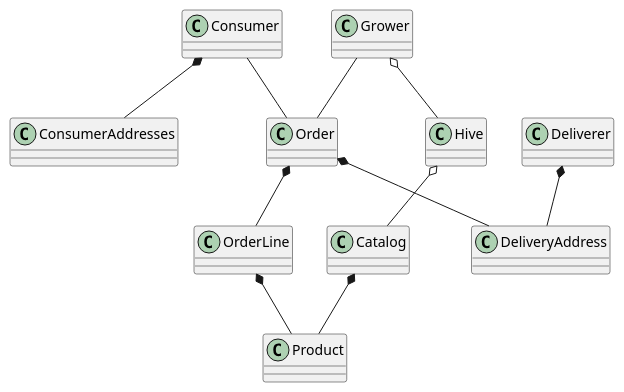
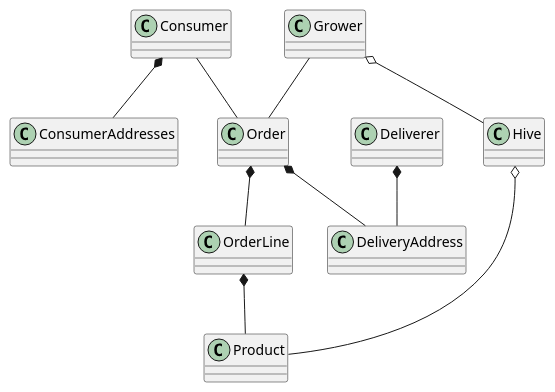
The diagram in diagram.puml (buba71/breengrow-backend), drawn with PlantUML before and after one commit. The commit also changed 29 other files, not shown here.

```diff
--- a/diagram.puml
+++ b/diagram.puml
@@ -1,46 +1,43 @@
 @startuml
 class Consumer
 class ConsumerAddresses
 
 class Grower
 class Hive
 class Deliverer
 
 
 class DeliveryAddress
 
 Together {
 class Order
 class OrderLine
 class Product
-class Catalog
 }
 
 Together {
 class DeliveryAddress
 class Deliverer
 }
 
 Consumer *-- ConsumerAddresses
 Grower o-- Hive
 
 Order *-- OrderLine
 
-Catalog *-- Product
+Hive o-- Product
 
 OrderLine *-- Product
 
 Consumer -- Order
 
 Grower -- Order
 
 Order *-- DeliveryAddress
 
 Deliverer *-- DeliveryAddress
 
-Hive o-- Catalog
-
 
 
 
 @enduml
```
